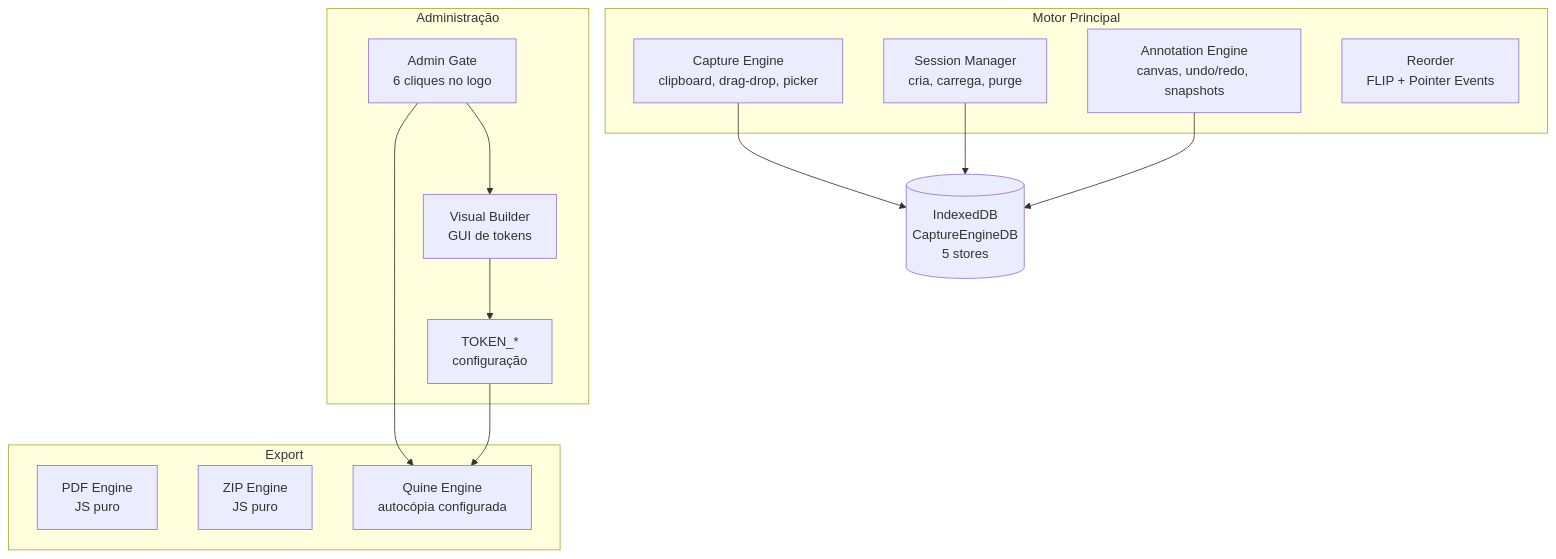
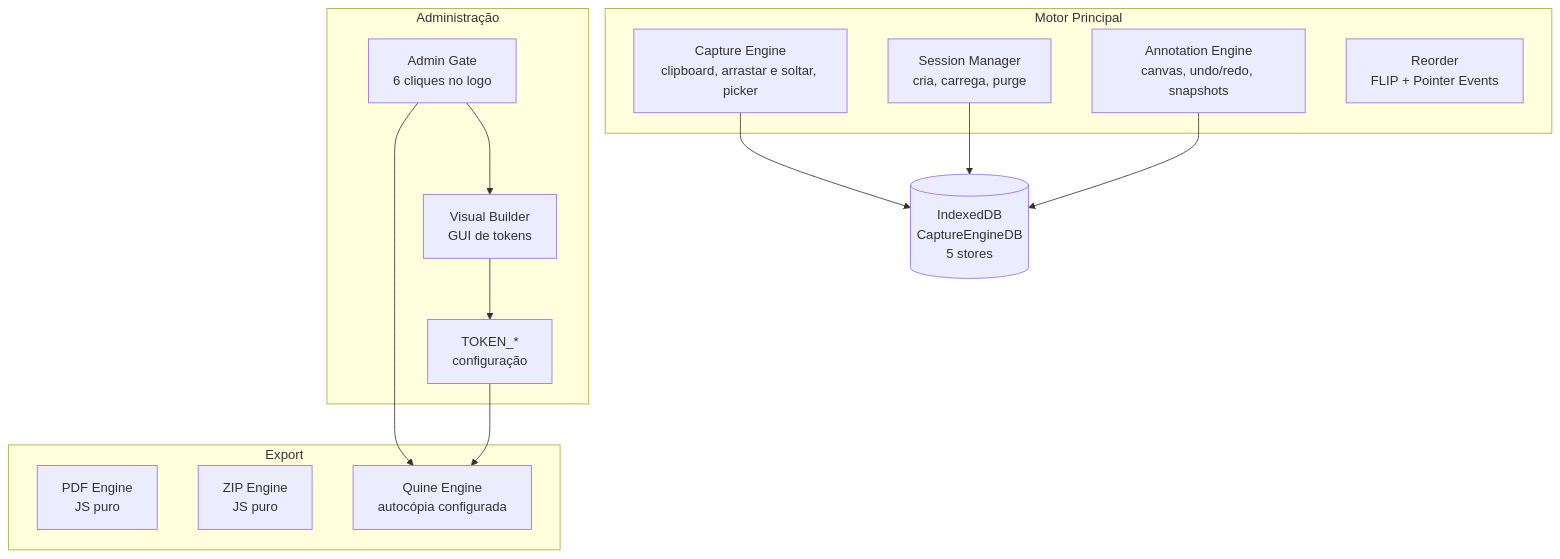
One commit to diogocarvalhoinfo/capture-engine changed the first of 3 diagrams in README.md. Above: the diagram before and after it, drawn with Mermaid. The commit also changed other lines of this file and 1 other file, not shown here.

````diff
--- a/README.md
+++ b/README.md
@@ -841,27 +848,27 @@
 ```mermaid
 flowchart TD
     subgraph MOTOR["Motor Principal"]
         SM["Session Manager<br>cria, carrega, purge"]
-        CE["Capture Engine<br>clipboard, drag-drop, picker"]
+        CE["Capture Engine<br>clipboard, arrastar e soltar, picker"]
         AN["Annotation Engine<br>canvas, undo/redo, snapshots"]
         RO["Reorder<br>FLIP + Pointer Events"]
     end
     subgraph EXPORT["Export"]
         PDF["PDF Engine<br>JS puro"]
         ZIP["ZIP Engine<br>JS puro"]
         QE["Quine Engine<br>autocópia configurada"]
     end
     subgraph ADMIN["Administração"]
         VB["Visual Builder<br>GUI de tokens"]
         AG["Admin Gate<br>6 cliques no logo"]
         TK["TOKEN_*<br>configuração"]
     end
     IDB[("IndexedDB<br>CaptureEngineDB<br>5 stores")]
     CE --> IDB
     SM --> IDB
     AN --> IDB
     AG --> VB
     AG --> QE
     VB --> TK
     TK --> QE
 ```
````
